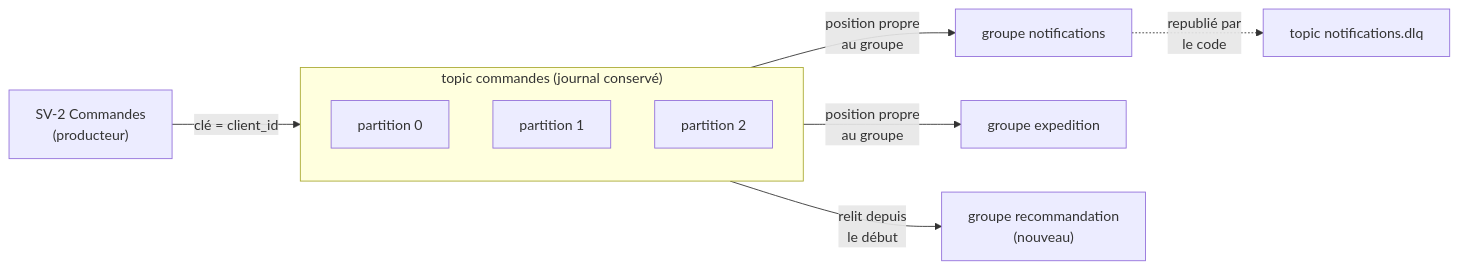
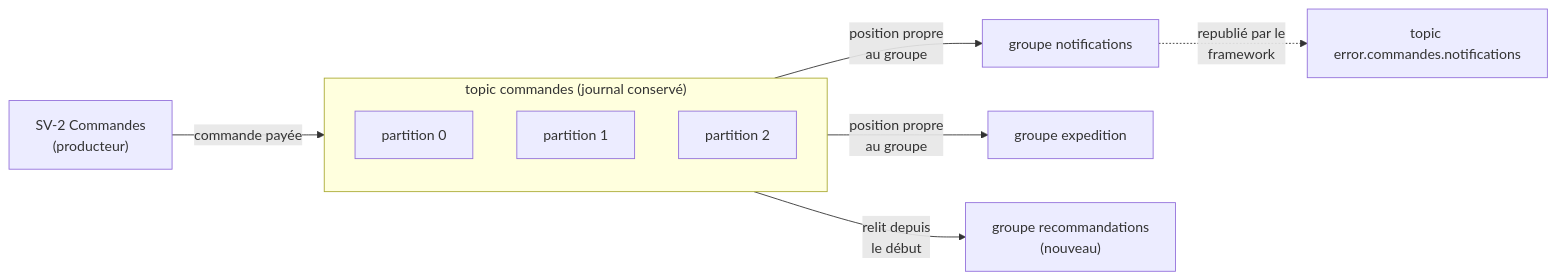
Before and after one commit to ALD3X/CESI_B3_Collab: the diagram in docs/technologies/US-05.3_demo_kafka.md, drawn with Mermaid. The commit also changed other lines of this file and 8 other files, not shown here.

````diff
--- a/docs/technologies/US-05.3_demo_kafka.md
+++ b/docs/technologies/US-05.3_demo_kafka.md
@@ -15,13 +15,13 @@
 ```mermaid
 flowchart LR
-    P["SV-2 Commandes<br/>(producteur)"] -->|"clé = client_id"| T
+    P["SV-2 Commandes<br/>(producteur)"] -->|"commande payée"| T
     subgraph T["topic commandes (journal conservé)"]
         P0["partition 0"]
         P1["partition 1"]
         P2["partition 2"]
     end
     T -->|"position propre<br/>au groupe"| G1["groupe notifications"]
     T -->|"position propre<br/>au groupe"| G2["groupe expedition"]
-    T -->|"relit depuis<br/>le début"| G3["groupe recommandation<br/>(nouveau)"]
-    G1 -. "republié par<br/>le code" .-> D1["topic notifications.dlq"]
+    T -->|"relit depuis<br/>le début"| G3["groupe recommandations<br/>(nouveau)"]
+    G1 -. "republié par le<br/>framework" .-> D1["topic error.commandes.notifications"]
 ```
````
